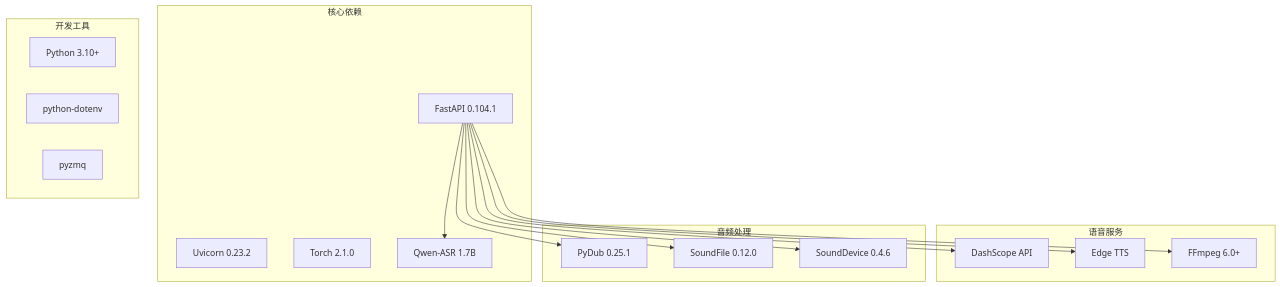
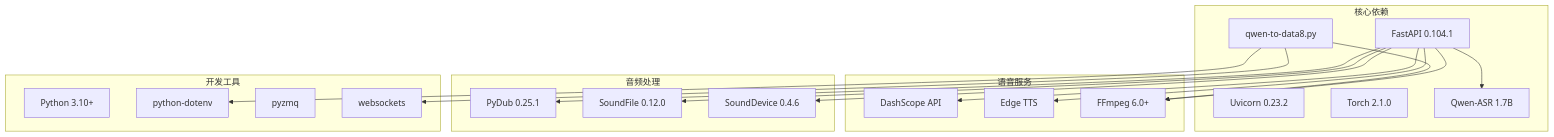
Before and after one commit to 1024dashen/Vue3Speech: the third of 4 diagrams in .qoder/repowiki/zh/content/API接口参考/HTTP RESTful API端点.md, drawn with Mermaid. The commit also changed other lines of this file and 15 other files, not shown here.

````diff
--- a/.qoder/repowiki/zh/content/API接口参考/HTTP RESTful API端点.md
+++ b/.qoder/repowiki/zh/content/API接口参考/HTTP RESTful API端点.md
@@ -593,31 +758,36 @@
 ```mermaid
 graph TB
 subgraph "核心依赖"
 FastAPI[FastAPI 0.104.1]
 Uvicorn[Uvicorn 0.23.2]
 Torch[Torch 2.1.0]
 QwenASR[Qwen-ASR 1.7B]
+ExportService[qwen-to-data8.py]
 end
 subgraph "语音服务"
 DashScope[DashScope API]
 EdgeTTS[Edge TTS]
 FFmpeg[FFmpeg 6.0+]
 end
 subgraph "音频处理"
 PyDub[PyDub 0.25.1]
 SoundFile[SoundFile 0.12.0]
 SoundDevice[SoundDevice 0.4.6]
 end
 subgraph "开发工具"
 PythonEnv[Python 3.10+]
 DotEnv[python-dotenv]
 PyZMQ[pyzmq]
+WebSocket[websockets]
 end
 FastAPI --> DashScope
 FastAPI --> EdgeTTS
 FastAPI --> FFmpeg
 FastAPI --> PyDub
 FastAPI --> SoundFile
 FastAPI --> SoundDevice
 FastAPI --> QwenASR
+ExportService --> FFmpeg
+ExportService --> WebSocket
+ExportService --> DotEnv
 ```
````
